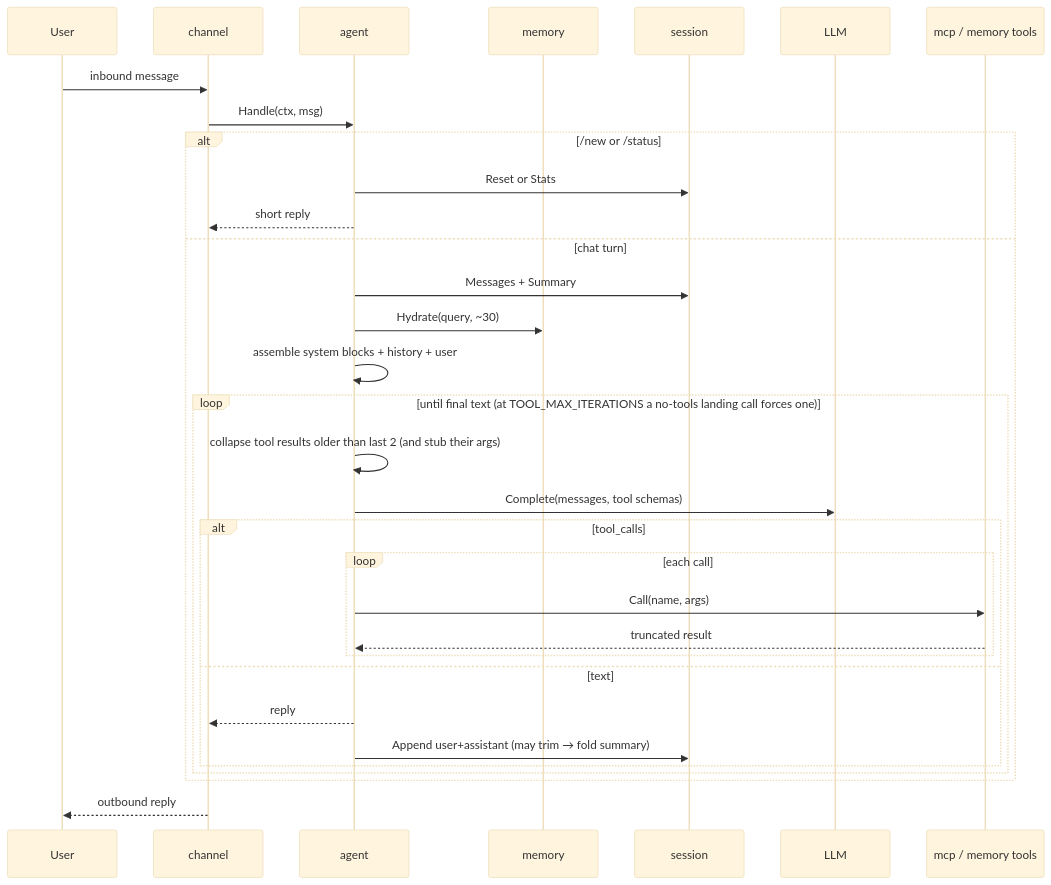
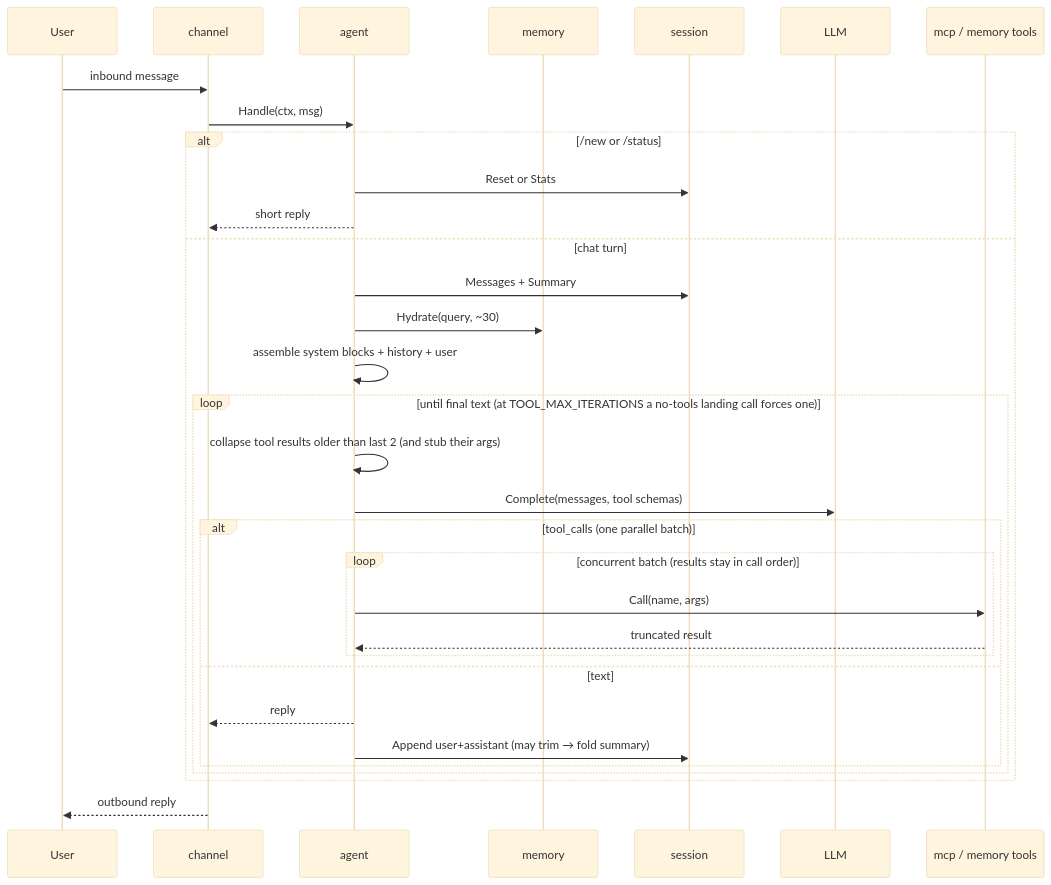
One commit to shotah/ai-gantry changed the fourth of 8 diagrams in docs/architecture.md. Above: the diagram before and after it, drawn with Mermaid (base theme). The commit also changed 21 other files, not shown here.

````diff
--- a/docs/architecture.md
+++ b/docs/architecture.md
@@ -133,35 +133,35 @@
 ```mermaid
 sequenceDiagram
   participant U as User
   participant Ch as channel
   participant A as agent
   participant M as memory
   participant S as session
   participant L as LLM
   participant T as mcp / memory tools
 
   U->>Ch: inbound message
   Ch->>A: Handle(ctx, msg)
   alt /new or /status
     A->>S: Reset or Stats
     A-->>Ch: short reply
   else chat turn
     A->>S: Messages + Summary
     A->>M: Hydrate(query, ~30)
     A->>A: assemble system blocks + history + user
     loop until final text (at TOOL_MAX_ITERATIONS a no-tools landing call forces one)
       A->>A: collapse tool results older than last 2 (and stub their args)
       A->>L: Complete(messages, tool schemas)
-      alt tool_calls
-        loop each call
+      alt tool_calls (one parallel batch)
+        loop concurrent batch (results stay in call order)
           A->>T: Call(name, args)
           T-->>A: truncated result
         end
       else text
         A-->>Ch: reply
         A->>S: Append user+assistant (may trim → fold summary)
       end
     end
   end
   Ch-->>U: outbound reply
 ```
````
